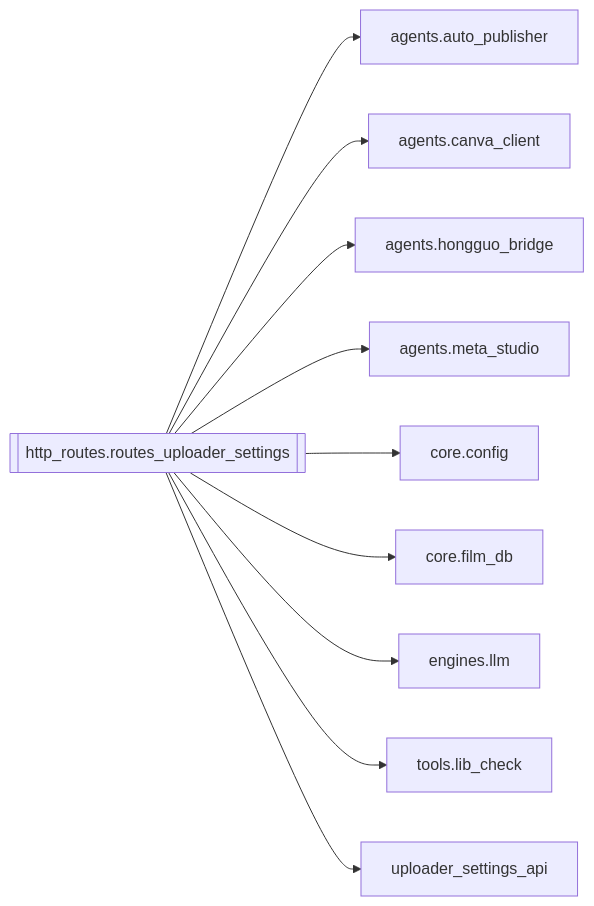
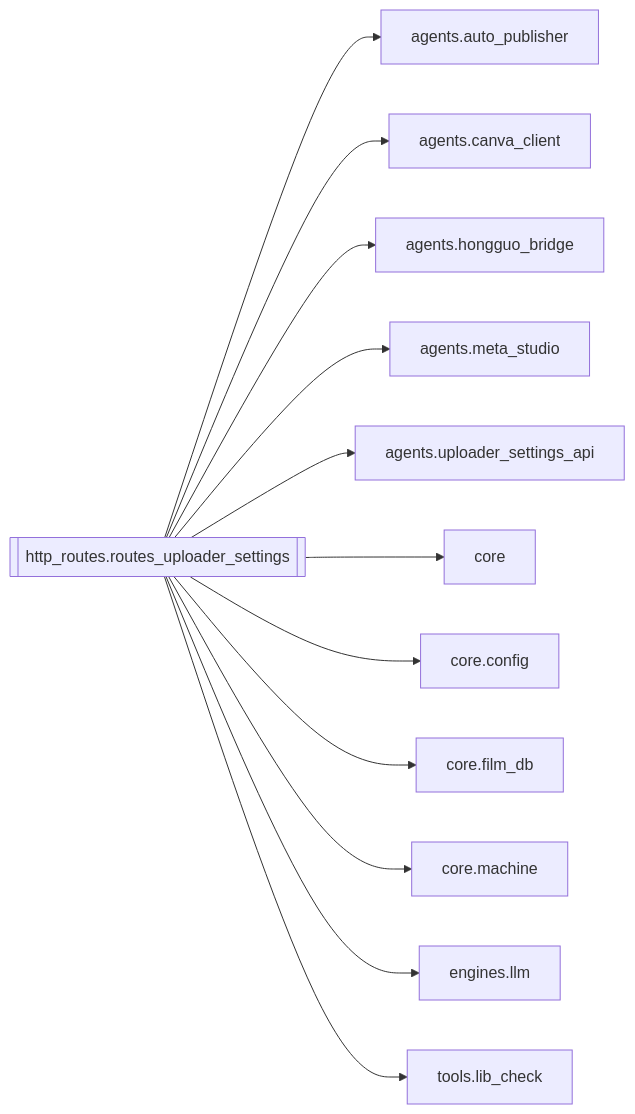
The diagram in docs/brain/modules/http_routes.routes_uploader_settings.md (kjza178/PinelineV5), drawn with Mermaid before and after one commit. The commit also changed other lines of this file and 227 other files, not shown here.

````diff
--- a/docs/brain/modules/http_routes.routes_uploader_settings.md
+++ b/docs/brain/modules/http_routes.routes_uploader_settings.md
@@ -18,13 +18,15 @@
 ```mermaid
 flowchart LR
   http_routes_routes_uploader_settings[[http_routes.routes_uploader_settings]]
   http_routes_routes_uploader_settings --> agents_auto_publisher[agents.auto_publisher]
   http_routes_routes_uploader_settings --> agents_canva_client[agents.canva_client]
   http_routes_routes_uploader_settings --> agents_hongguo_bridge[agents.hongguo_bridge]
   http_routes_routes_uploader_settings --> agents_meta_studio[agents.meta_studio]
+  http_routes_routes_uploader_settings --> agents_uploader_settings_api[agents.uploader_settings_api]
+  http_routes_routes_uploader_settings --> core[core]
   http_routes_routes_uploader_settings --> core_config[core.config]
   http_routes_routes_uploader_settings --> core_film_db[core.film_db]
+  http_routes_routes_uploader_settings --> core_machine[core.machine]
   http_routes_routes_uploader_settings --> engines_llm[engines.llm]
   http_routes_routes_uploader_settings --> tools_lib_check[tools.lib_check]
-  http_routes_routes_uploader_settings --> uploader_settings_api[uploader_settings_api]
 ```
````
